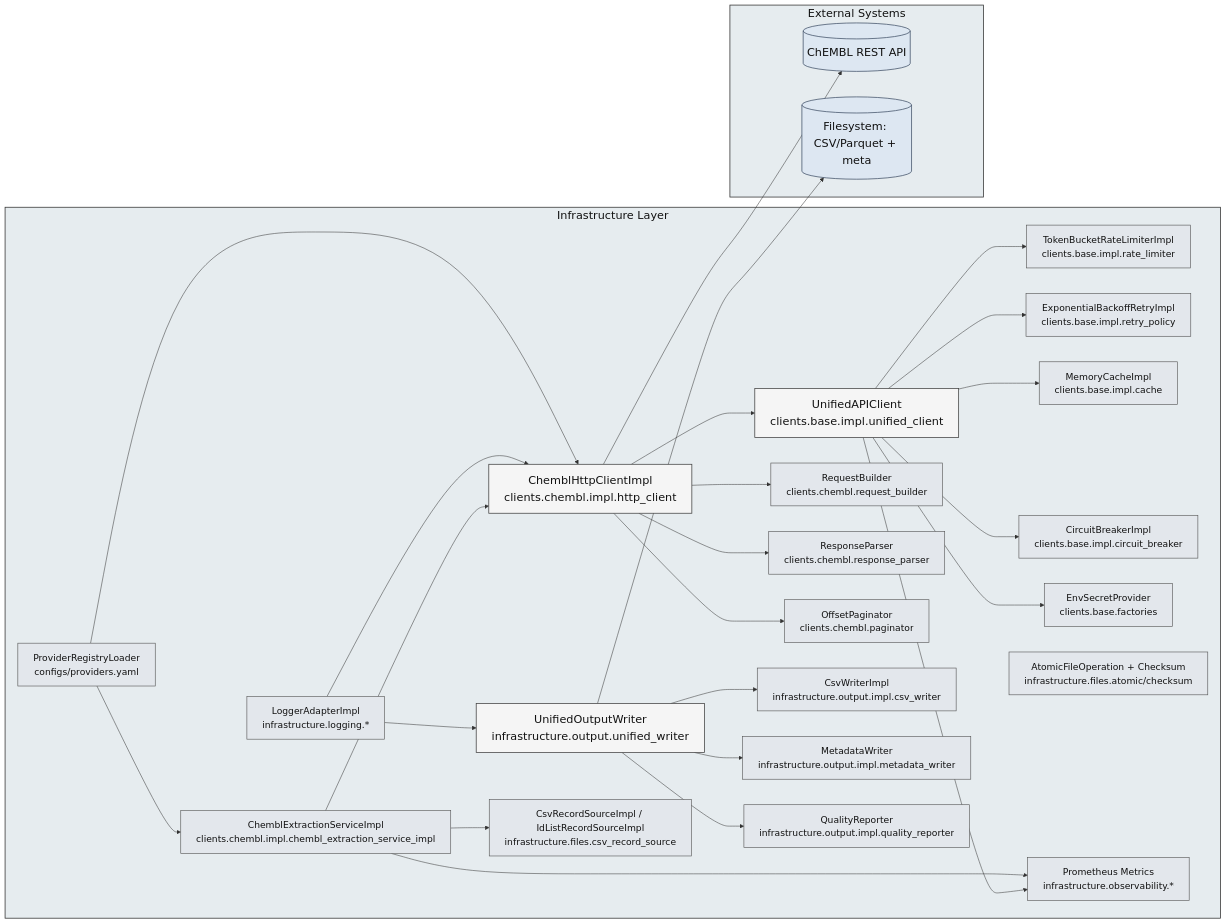
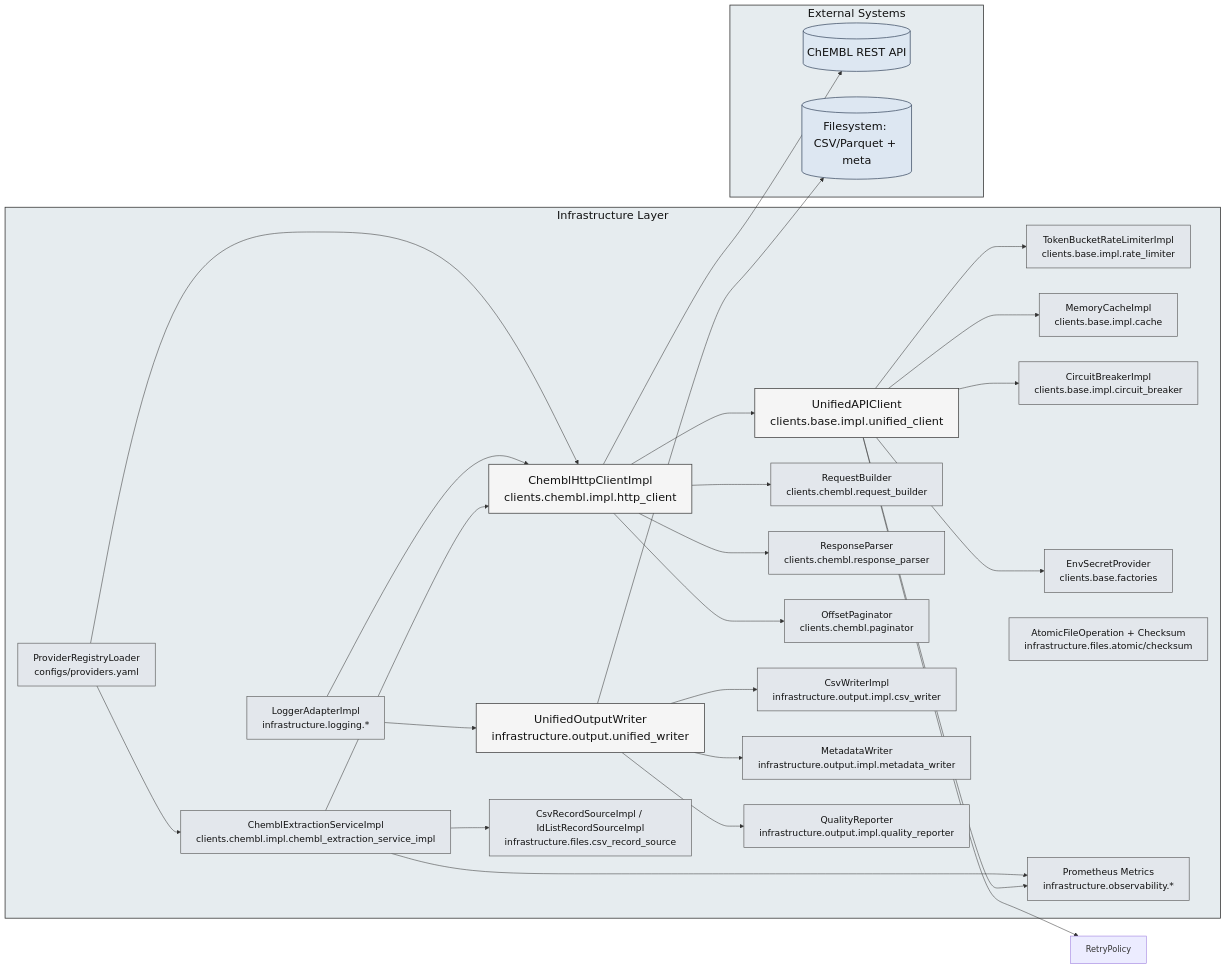
The diagram in docs/architecture/diagrams/component/03-infrastructure-components.mmd (SatoryKono/BioactivityDataAcquisition), drawn with Mermaid before and after one commit. The commit also changed 24 other files, not shown here.

```diff
--- a/docs/architecture/diagrams/component/03-infrastructure-components.mmd
+++ b/docs/architecture/diagrams/component/03-infrastructure-components.mmd
@@ -1,64 +1,63 @@
 ---
 id: 3f8f3a0c-6e6d-4a2b-9eae-6d5d981b37c8
 ---
 flowchart LR
 
 classDef componentPrimary   fill:#f5f5f5,stroke:#444,stroke-width:1.5px,color:#111,font-size:22px;
 classDef componentSecondary fill:#e3e7ec,stroke:#555,stroke-width:1.2px,color:#111,font-size:18px;
 classDef external           fill:#dde7f2,stroke:#44546a,stroke-width:1.5px,color:#111,font-size:22px;
 classDef group              fill:#e6ecef,stroke:#333,stroke-width:1.5px,color:#111,font-size:22px;
 
 subgraph Infrastructure["Infrastructure Layer"]
     UnifiedClient["UnifiedAPIClient\nclients.base.impl.unified_client"]:::componentPrimary
     ChemblHttp["ChemblHttpClientImpl\nclients.chembl.impl.http_client"]:::componentPrimary
     ExtractionService["ChemblExtractionServiceImpl\nclients.chembl.impl.chembl_extraction_service_impl"]:::componentSecondary
     RequestBuilder["RequestBuilder\nclients.chembl.request_builder"]:::componentSecondary
     ResponseParser["ResponseParser\nclients.chembl.response_parser"]:::componentSecondary
     Paginator["OffsetPaginator\nclients.chembl.paginator"]:::componentSecondary
     RateLimiter["TokenBucketRateLimiterImpl\nclients.base.impl.rate_limiter"]:::componentSecondary
-    RetryPolicy["ExponentialBackoffRetryImpl\nclients.base.impl.retry_policy"]:::componentSecondary
     Cache["MemoryCacheImpl\nclients.base.impl.cache"]:::componentSecondary
     CircuitBreaker["CircuitBreakerImpl\nclients.base.impl.circuit_breaker"]:::componentSecondary
     Secrets["EnvSecretProvider\nclients.base.factories"]:::componentSecondary
 
     OutputWriter["UnifiedOutputWriter\ninfrastructure.output.unified_writer"]:::componentPrimary
     CsvWriter["CsvWriterImpl\ninfrastructure.output.impl.csv_writer"]:::componentSecondary
     MetadataWriter["MetadataWriter\ninfrastructure.output.impl.metadata_writer"]:::componentSecondary
     QualityReporter["QualityReporter\ninfrastructure.output.impl.quality_reporter"]:::componentSecondary
     AtomicIO["AtomicFileOperation + Checksum\ninfrastructure.files.atomic/checksum"]:::componentSecondary
 
     Logging["LoggerAdapterImpl\ninfrastructure.logging.*"]:::componentSecondary
     Observability["Prometheus Metrics\ninfrastructure.observability.*"]:::componentSecondary
     ProviderRegistry["ProviderRegistryLoader\nconfigs/providers.yaml"]:::componentSecondary
     RecordSources["CsvRecordSourceImpl / IdListRecordSourceImpl\ninfrastructure.files.csv_record_source"]:::componentSecondary
 end
 class Infrastructure group;
 
 subgraph External["External Systems"]
     ChemblAPI[(ChEMBL REST API)]:::external
     Storage[(Filesystem: CSV/Parquet + meta)]:::external
 end
 class External group;
 
 UnifiedClient --> RateLimiter
 UnifiedClient --> RetryPolicy
 UnifiedClient --> Cache
 UnifiedClient --> CircuitBreaker
 UnifiedClient --> Secrets
 UnifiedClient --> Observability
 ChemblHttp --> RequestBuilder
 ChemblHttp --> ResponseParser
 ChemblHttp --> Paginator
 ChemblHttp --> UnifiedClient
 ChemblHttp --> ChemblAPI
 ExtractionService --> ChemblHttp
 ExtractionService --> Observability
 ExtractionService --> RecordSources
 OutputWriter --> CsvWriter
 OutputWriter --> MetadataWriter
 OutputWriter --> QualityReporter
 OutputWriter --> Storage
 Logging --> OutputWriter
 Logging --> ChemblHttp
 ProviderRegistry --> ChemblHttp
 ProviderRegistry --> ExtractionService
```
